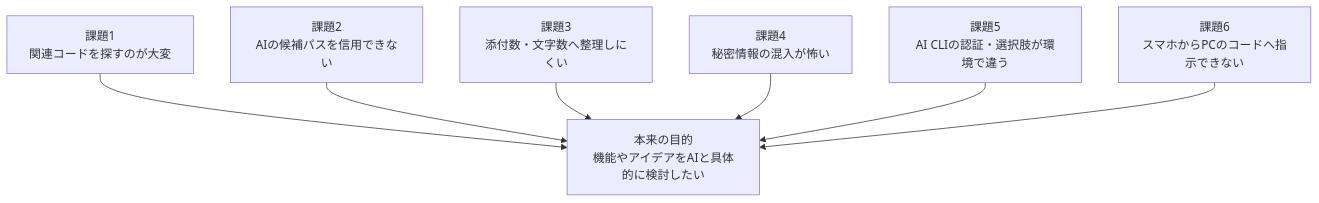
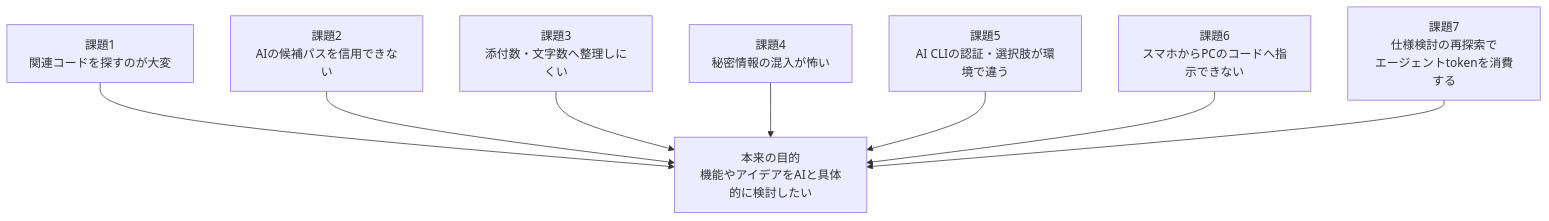
Before and after one commit to matsutanishimpei/make-summary: the third of 6 diagrams in docs/product-overview.md, drawn with Mermaid. The commit also changed other lines of this file and 3 other files, not shown here.

````diff
--- a/docs/product-overview.md
+++ b/docs/product-overview.md
@@ -90,18 +113,20 @@
 ```mermaid
 flowchart TB
     Goal["本来の目的<br/>機能やアイデアをAIと具体的に検討したい"]
 
     P1["課題1<br/>関連コードを探すのが大変"]
     P2["課題2<br/>AIの候補パスを信用できない"]
     P3["課題3<br/>添付数・文字数へ整理しにくい"]
     P4["課題4<br/>秘密情報の混入が怖い"]
     P5["課題5<br/>AI CLIの認証・選択肢が環境で違う"]
     P6["課題6<br/>スマホからPCのコードへ指示できない"]
+    P7["課題7<br/>仕様検討の再探索で<br/>エージェントtokenを消費する"]
 
     P1 --> Goal
     P2 --> Goal
     P3 --> Goal
     P4 --> Goal
     P5 --> Goal
     P6 --> Goal
+    P7 --> Goal
 ```
````
